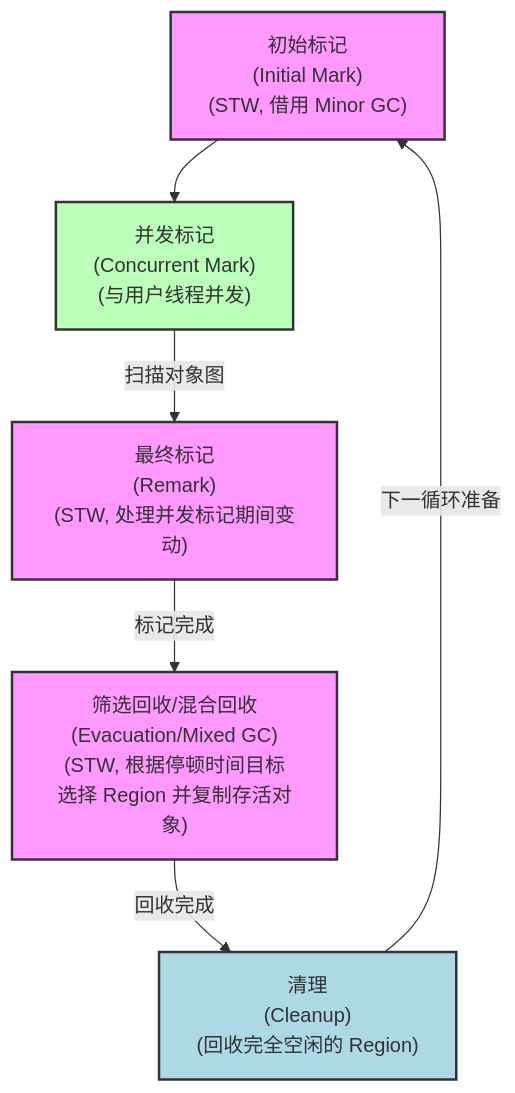
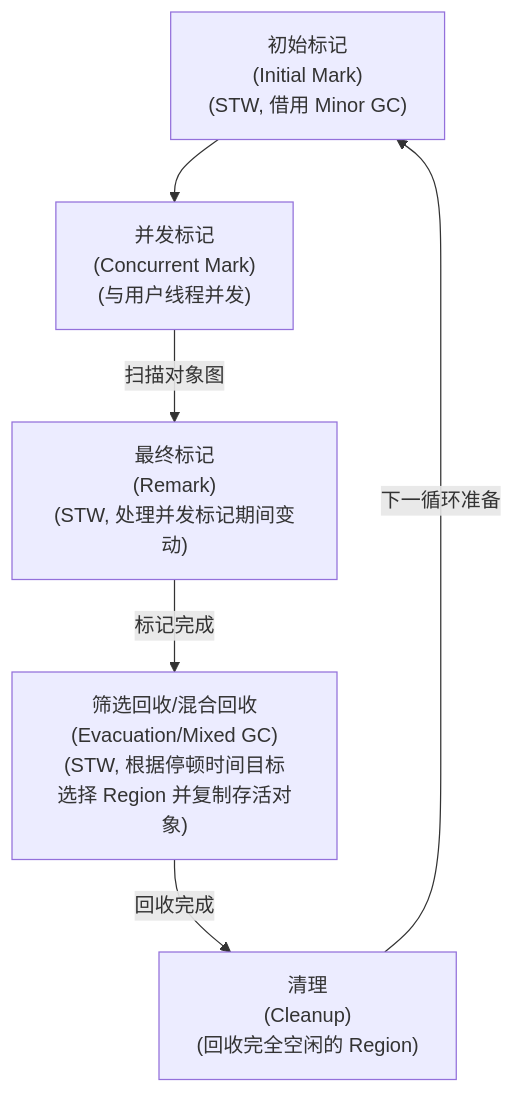
The second of 2 diagrams in basic/JVM相关/2.垃圾回收机制.md (CoteNite/blog), drawn with Mermaid before and after one commit. The commit also changed 1 other file, not shown here.

Commit message:
vault backup: 2025-05-07 03:58:42

````diff
--- a/basic/JVM相关/2.垃圾回收机制.md
+++ b/basic/JVM相关/2.垃圾回收机制.md
@@ -113,16 +113,12 @@
 ```mermaid
 graph TD
     A["初始标记<br/>(Initial Mark)<br/>(STW, 借用 Minor GC)"] --> B["并发标记<br/>(Concurrent Mark)<br/>(与用户线程并发)"]
     B -- "扫描对象图" --> C["最终标记<br/>(Remark)<br/>(STW, 处理并发标记期间变动)"]
     C -- "标记完成" --> D["筛选回收/混合回收<br/>(Evacuation/Mixed GC)<br/>(STW, 根据停顿时间目标<br/>选择 Region 并复制存活对象)"]
     D -- "回收完成" --> E["清理<br/>(Cleanup)<br/>(回收完全空闲的 Region)"]
     E -- "下一循环准备" --> A
     
-    classDef stw-phase fill:#f9f,stroke:#333,stroke-width:2px;
-    classDef concurrent-phase fill:#bfb,stroke:#333,stroke-width:2px;
-    classDef cleanup-phase fill:#add8e6,stroke:#333,stroke-width:2px;
-    
     class A,C,D stw-phase;
     class B concurrent-phase;
     class E cleanup-phase;
 ```
````
